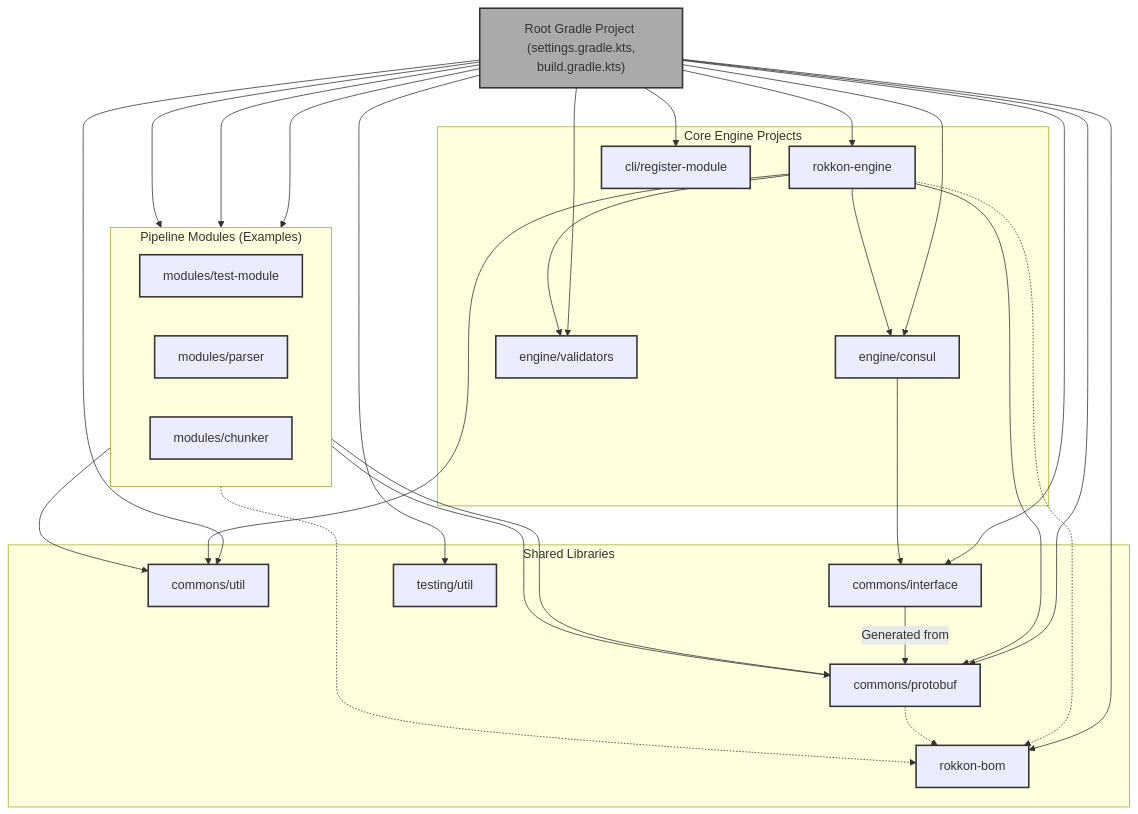
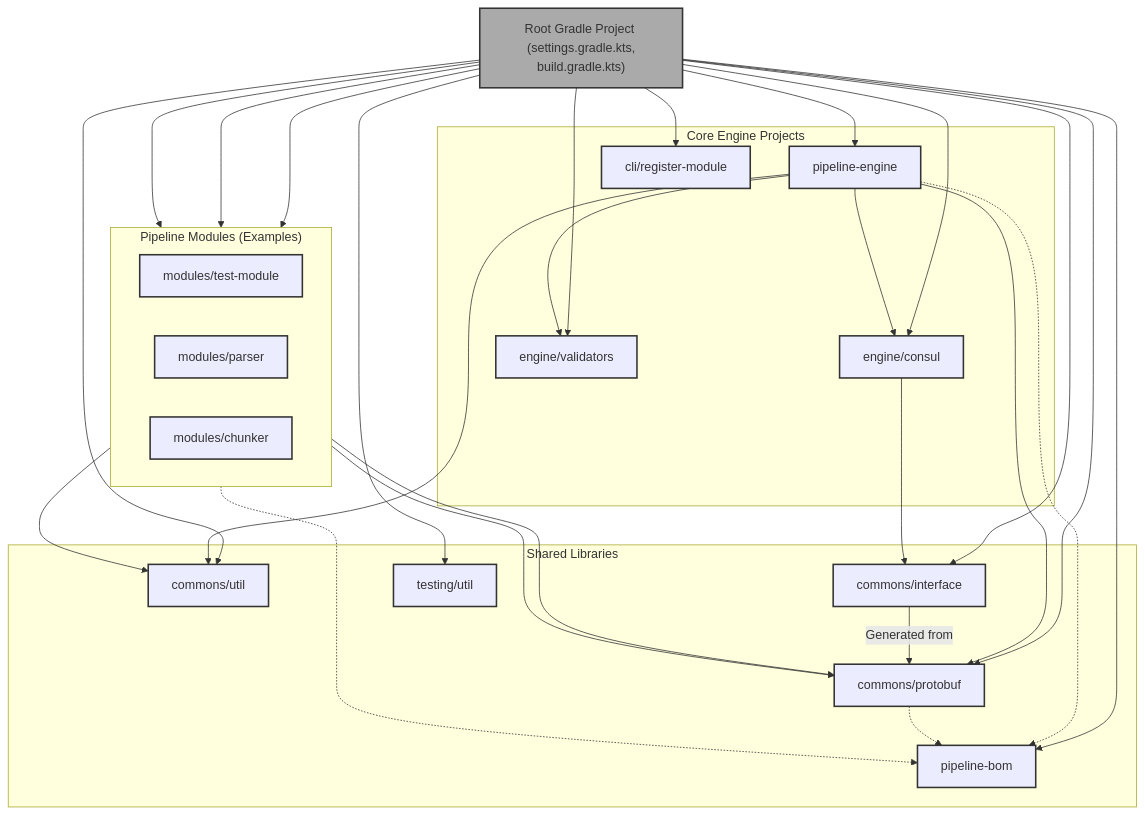
One commit to krickert/rokkon changed the diagram in ARCHITECTURE/Build_system.md. Above: the diagram before and after it, drawn with Mermaid. The commit also changed other lines of this file and 75 other files, not shown here.

````diff
--- a/ARCHITECTURE/Build_system.md
+++ b/ARCHITECTURE/Build_system.md
@@ -29,67 +29,67 @@
 ```mermaid
 graph TD
     RootProject["Root Gradle Project <br> (settings.gradle.kts, build.gradle.kts)"]
 
     subgraph "Core Engine Projects"
-        Engine[rokkon-engine]
+        Engine[pipeline-engine]
         EngineConsul[engine/consul]
         EngineValidators[engine/validators]
         EngineCLI[cli/register-module]
     end
 
     subgraph "Shared Libraries"
         Protobuf[commons/protobuf]
         Commons[commons/util]
         Interface[commons/interface]
-        BOM[rokkon-bom]
+        BOM[pipeline-bom]
         TestUtils[testing/util]
     end
 
     subgraph "Pipeline Modules (Examples)"
         direction LR
         ModuleTest[modules/test-module]
         ModuleParser[modules/parser]
         ModuleChunker[modules/chunker]
         %% Add other modules as needed
     end
 
     RootProject --> Engine
     RootProject --> EngineConsul
     RootProject --> EngineValidators
     RootProject --> EngineCLI
     RootProject --> Protobuf
     RootProject --> Commons
     RootProject --> Interface
     RootProject --> BOM
     RootProject --> TestUtils
     RootProject --> ModuleTest
     RootProject --> ModuleParser
     RootProject --> ModuleChunker
 
     %% Dependencies (Illustrative)
     Engine --> EngineConsul
     Engine --> EngineValidators
     Engine --> Protobuf
     Engine --> Commons
     EngineConsul --> Interface
     Interface -- Generated from --> Protobuf
 
     ModuleTest --> Protobuf
     ModuleTest --> Commons
     ModuleParser --> Protobuf
 
     %% All projects implicitly depend on BOM for version management
     Engine -.-> BOM
     Protobuf -.-> BOM
     ModuleTest -.-> BOM
 
     classDef root fill:#aaa,stroke:#333,stroke-width:2px;
     classDef core fill:#lightblue,stroke:#333,stroke-width:2px;
     classDef shared fill:#lightgreen,stroke:#333,stroke-width:2px;
     classDef module fill:#lightcoral,stroke:#333,stroke-width:2px;
 
     class RootProject root;
     class Engine,EngineConsul,EngineValidators,EngineCLI core;
     class Protobuf,Commons,Interface,BOM,TestUtils shared;
     class ModuleTest,ModuleParser,ModuleChunker module;
 ```
````
